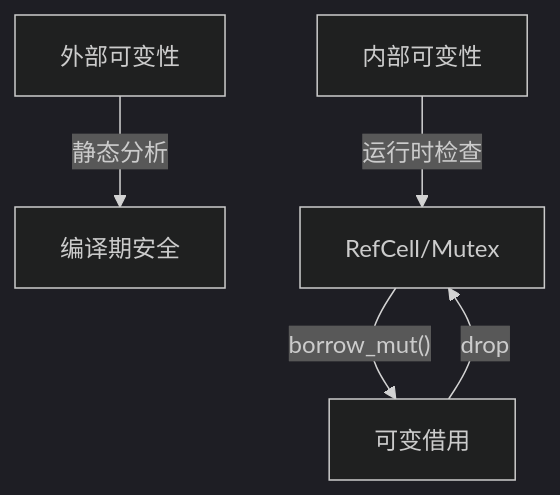
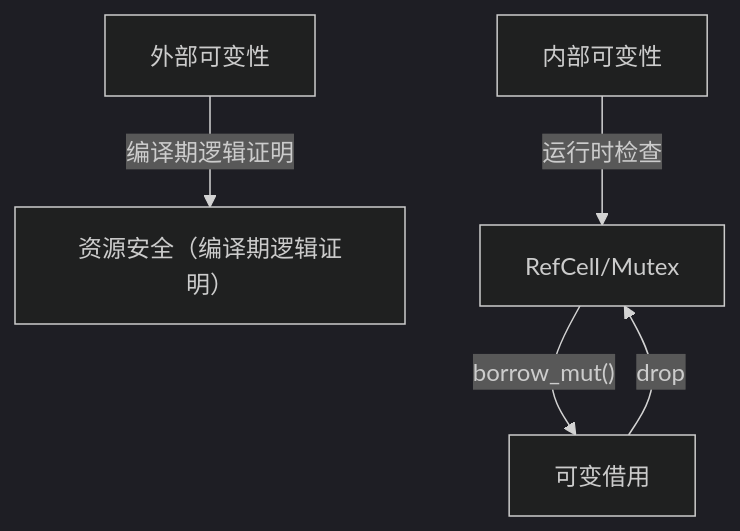
One commit to martin-ly/rust-lang changed the second of 3 diagrams in docs/docs/language/core/01_ownership_borrowing/04_mutability_theory.md. Above: the diagram before and after it, drawn with Mermaid (dark theme). The commit also changed other lines of this file and 51 other files, not shown here.

````diff
--- a/docs/docs/language/core/01_ownership_borrowing/04_mutability_theory.md
+++ b/docs/docs/language/core/01_ownership_borrowing/04_mutability_theory.md
@@ -173,7 +173,7 @@
 ```mermaid
 graph TD;
-    A[外部可变性] --静态分析--> B[编译期安全];
+    A[外部可变性] --编译期逻辑证明--> B[资源安全（编译期逻辑证明）];
     A2[内部可变性] --运行时检查--> B2[RefCell/Mutex];
     B2 --borrow_mut()--> C[可变借用];
     C --drop--> B2;
 ```
````
